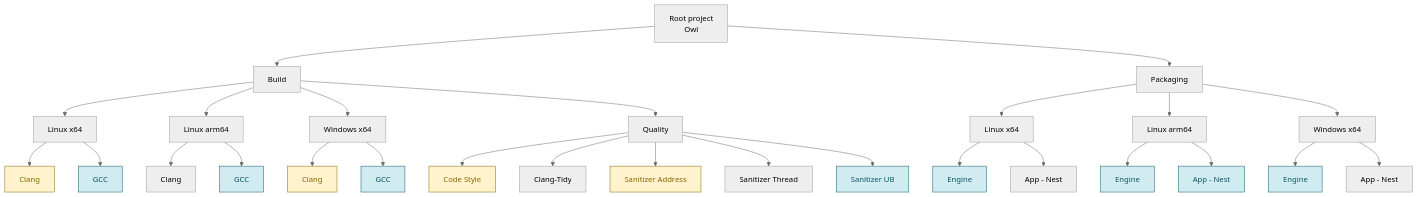
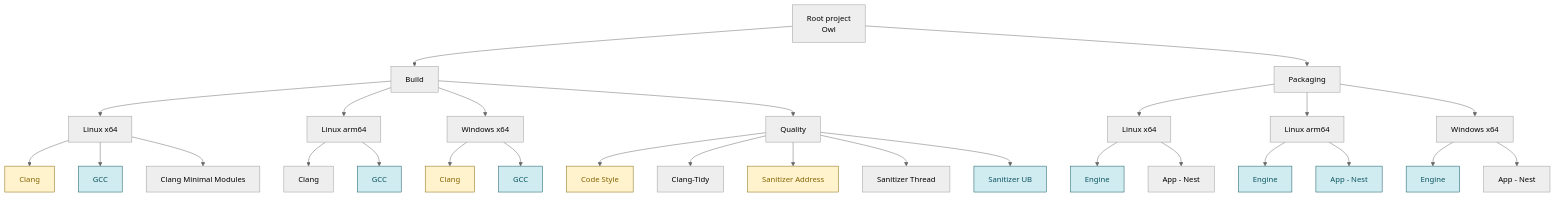
Before and after one commit to Silmaen/Owl: the first of 3 diagrams in doc/pages/continuous_integration.md, drawn with Mermaid (neutral theme). The commit also changed other lines of this file and 3 other files, not shown here.

````diff
--- a/doc/pages/continuous_integration.md
+++ b/doc/pages/continuous_integration.md
@@ -37,33 +38,34 @@
 ```mermaid
 flowchart TD
     Root[Root project<br/>Owl] --> Build[Build]
     Root --> Pkg[Packaging]
     Build --> Lx[Linux x64]
     Build --> La[Linux arm64]
     Build --> Wx[Windows x64]
     Build --> Q[Quality]
     Lx --> LxC[Clang]
     Lx --> LxG[GCC]
+    Lx --> LxM[Clang Minimal Modules]
     La --> LaC[Clang]
     La --> LaG[GCC]
     Wx --> WxC[Clang]
     Wx --> WxG[GCC]
     Q --> CS[Code Style]
     Q --> CT[Clang-Tidy]
     Q --> SA[Sanitizer Address]
     Q --> ST[Sanitizer Thread]
     Q --> SU[Sanitizer UB]
     Pkg --> PLx[Linux x64]
     Pkg --> PLa[Linux arm64]
     Pkg --> PWx[Windows x64]
     PLx --> PLxE[Engine]
     PLx --> PLxN[App - Nest]
     PLa --> PLaE[Engine]
     PLa --> PLaN[App - Nest]
     PWx --> PWxE[Engine]
     PWx --> PWxN[App - Nest]
     classDef draft fill:#fff3cd,stroke:#856404,color:#856404
     classDef mainOnly fill:#d1ecf1,stroke:#0c5460,color:#0c5460
     class LxC,WxC,CS,SA draft
     class LxG,LaG,WxG,SU,PLxE,PLaE,PLaN,PWxE mainOnly
 ```
````
